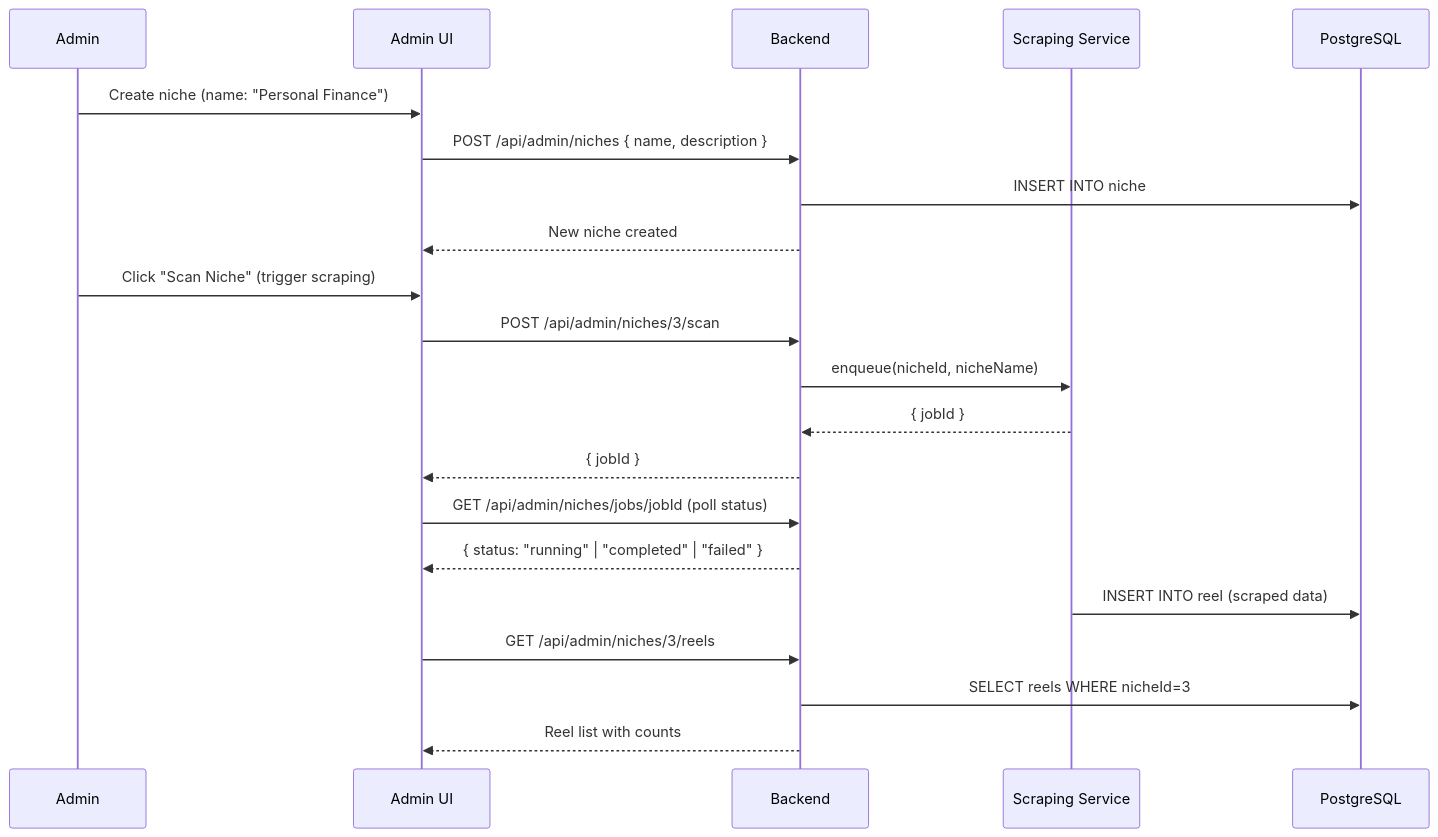
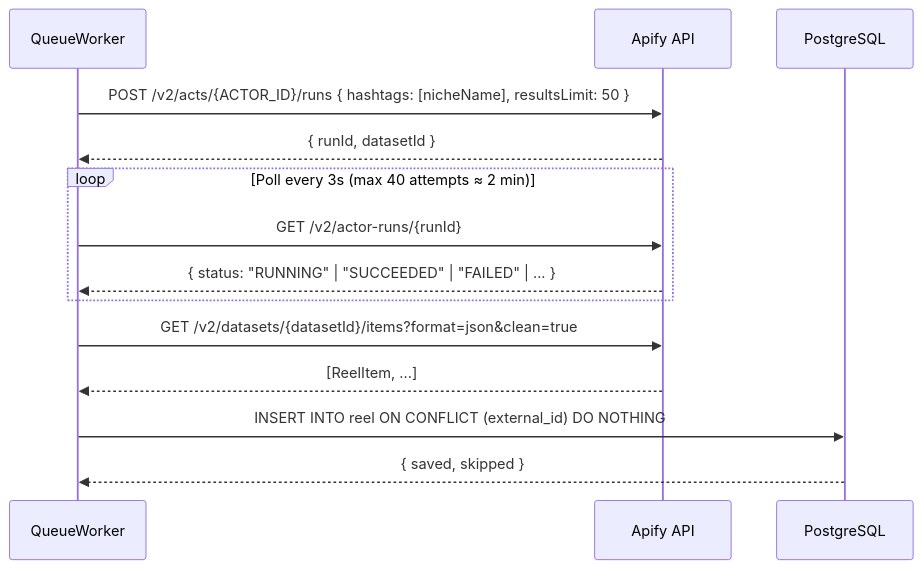
Before and after one commit to KennethAtchon/ContentAI: the fifth of 5 diagrams in docs/architecture/domain/studio-system.md, drawn with Mermaid. The commit also changed other lines of this file and 14 other files, not shown here.

First line of the commit message:
feat: Add video/audio storage and enhanced reel analysis fields to database schema

````diff
--- a/docs/architecture/domain/studio-system.md
+++ b/docs/architecture/domain/studio-system.md
@@ -308,27 +376,20 @@
 ```mermaid
 sequenceDiagram
-    participant Admin
-    participant Admin UI
-    participant Backend
-    participant Scraping Service
+    participant QueueWorker
+    participant Apify API
     participant PostgreSQL
 
-    Admin->>Admin UI: Create niche (name: "Personal Finance")
-    Admin UI->>Backend: POST /api/admin/niches { name, description }
-    Backend->>PostgreSQL: INSERT INTO niche
-    Backend-->>Admin UI: New niche created
+    QueueWorker->>Apify API: POST /v2/acts/{ACTOR_ID}/runs { hashtags: [nicheName], resultsLimit: 50 }
+    Apify API-->>QueueWorker: { runId, datasetId }
 
-    Admin->>Admin UI: Click "Scan Niche" (trigger scraping)
-    Admin UI->>Backend: POST /api/admin/niches/3/scan
-    Backend->>Scraping Service: enqueue(nicheId, nicheName)
-    Scraping Service-->>Backend: { jobId }
-    Backend-->>Admin UI: { jobId }
+    loop Poll every 3s (max 40 attempts ≈ 2 min)
+        QueueWorker->>Apify API: GET /v2/actor-runs/{runId}
+        Apify API-->>QueueWorker: { status: "RUNNING" | "SUCCEEDED" | "FAILED" | ... }
+    end
 
-    Admin UI->>Backend: GET /api/admin/niches/jobs/jobId (poll status)
-    Backend-->>Admin UI: { status: "running" | "completed" | "failed" }
+    QueueWorker->>Apify API: GET /v2/datasets/{datasetId}/items?format=json&clean=true
+    Apify API-->>QueueWorker: [ReelItem, ...]
 
-    Scraping Service->>PostgreSQL: INSERT INTO reel (scraped data)
-    Admin UI->>Backend: GET /api/admin/niches/3/reels
-    Backend->>PostgreSQL: SELECT reels WHERE nicheId=3
-    Backend-->>Admin UI: Reel list with counts
+    QueueWorker->>PostgreSQL: INSERT INTO reel ON CONFLICT (external_id) DO NOTHING
+    PostgreSQL-->>QueueWorker: { saved, skipped }
 ```
````
